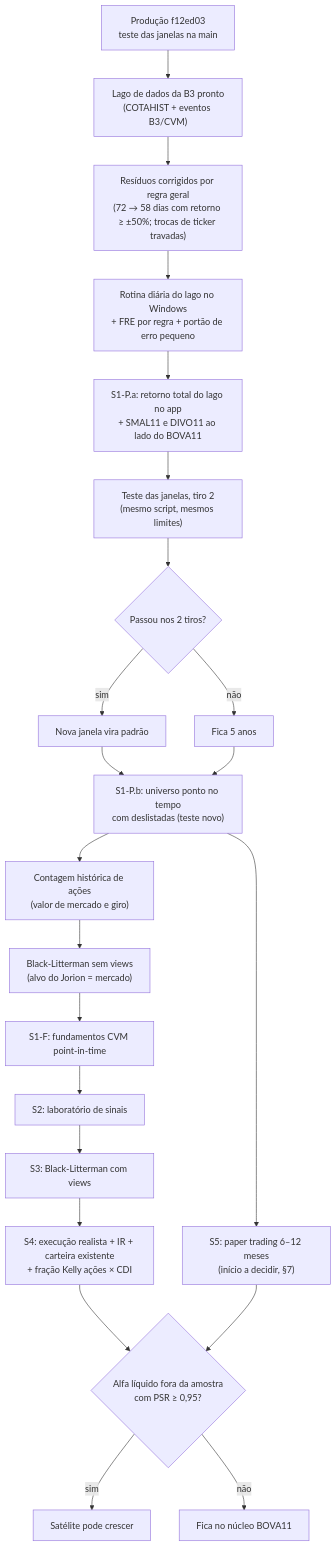
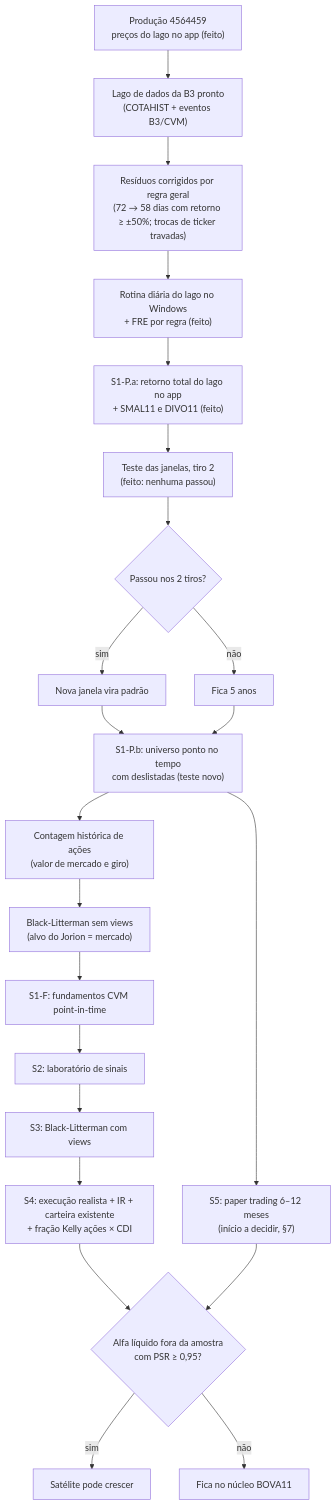
One commit to GabrielScript/Portfolio-Optimization changed the diagram in docs/ROTEIRO.md. Above: the diagram before and after it, drawn with Mermaid. The commit also changed other lines of this file and 1 other file, not shown here.

First line of the commit message:
docs: tiro 2 do teste das janelas com os preços do lago (fica a R5)

````diff
--- a/docs/ROTEIRO.md
+++ b/docs/ROTEIRO.md
@@ -56,24 +58,24 @@
 ```mermaid
 flowchart TD
-    A["Produção f12ed03<br/>teste das janelas na main"] --> L["Lago de dados da B3 pronto<br/>(COTAHIST + eventos B3/CVM)"]
+    A["Produção 4564459<br/>preços do lago no app (feito)"] --> L["Lago de dados da B3 pronto<br/>(COTAHIST + eventos B3/CVM)"]
     L --> R["Resíduos corrigidos por regra geral<br/>(72 → 58 dias com retorno ≥ ±50%; trocas de ticker travadas)"]
-    R --> RT["Rotina diária do lago no Windows<br/>+ FRE por regra + portão de erro pequeno"]
-    RT --> D["S1-P.a: retorno total do lago no app<br/>+ SMAL11 e DIVO11 ao lado do BOVA11"]
-    D --> E["Teste das janelas, tiro 2<br/>(mesmo script, mesmos limites)"]
+    R --> RT["Rotina diária do lago no Windows<br/>+ FRE por regra (feito)"]
+    RT --> D["S1-P.a: retorno total do lago no app<br/>+ SMAL11 e DIVO11 (feito)"]
+    D --> E["Teste das janelas, tiro 2<br/>(feito: nenhuma passou)"]
     E --> F{"Passou nos 2 tiros?"}
     F -- sim --> F1["Nova janela vira padrão"]
     F -- não --> F2["Fica 5 anos"]
     F1 --> PB["S1-P.b: universo ponto no tempo<br/>com deslistadas (teste novo)"]
     F2 --> PB
     PB --> S5["S5: paper trading 6–12 meses<br/>(início a decidir, §7)"]
     PB --> CAP["Contagem histórica de ações<br/>(valor de mercado e giro)"]
     CAP --> BL["Black-Litterman sem views<br/>(alvo do Jorion = mercado)"]
     BL --> S1F["S1-F: fundamentos CVM point-in-time"]
     S1F --> S2["S2: laboratório de sinais"]
     S2 --> S3["S3: Black-Litterman com views"]
     S3 --> S4["S4: execução realista + IR + carteira existente<br/>+ fração Kelly ações × CDI"]
     S4 --> OK{"Alfa líquido fora da amostra<br/>com PSR ≥ 0,95?"}
     S5 --> OK
     OK -- sim --> SAT["Satélite pode crescer"]
     OK -- não --> NUC["Fica no núcleo BOVA11"]
 ```
````
